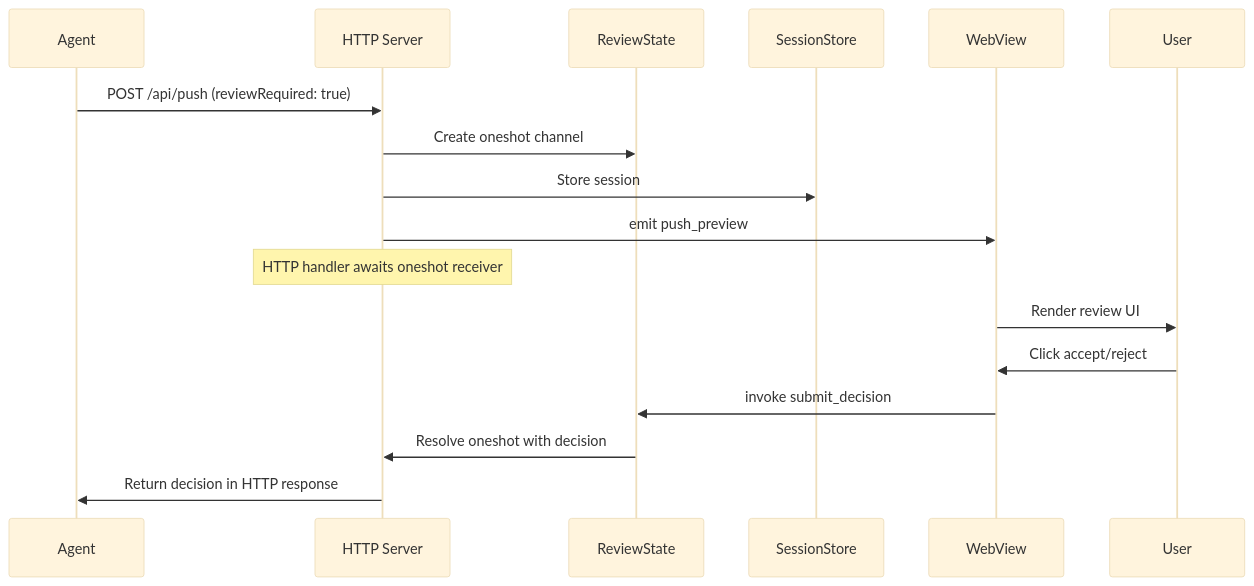
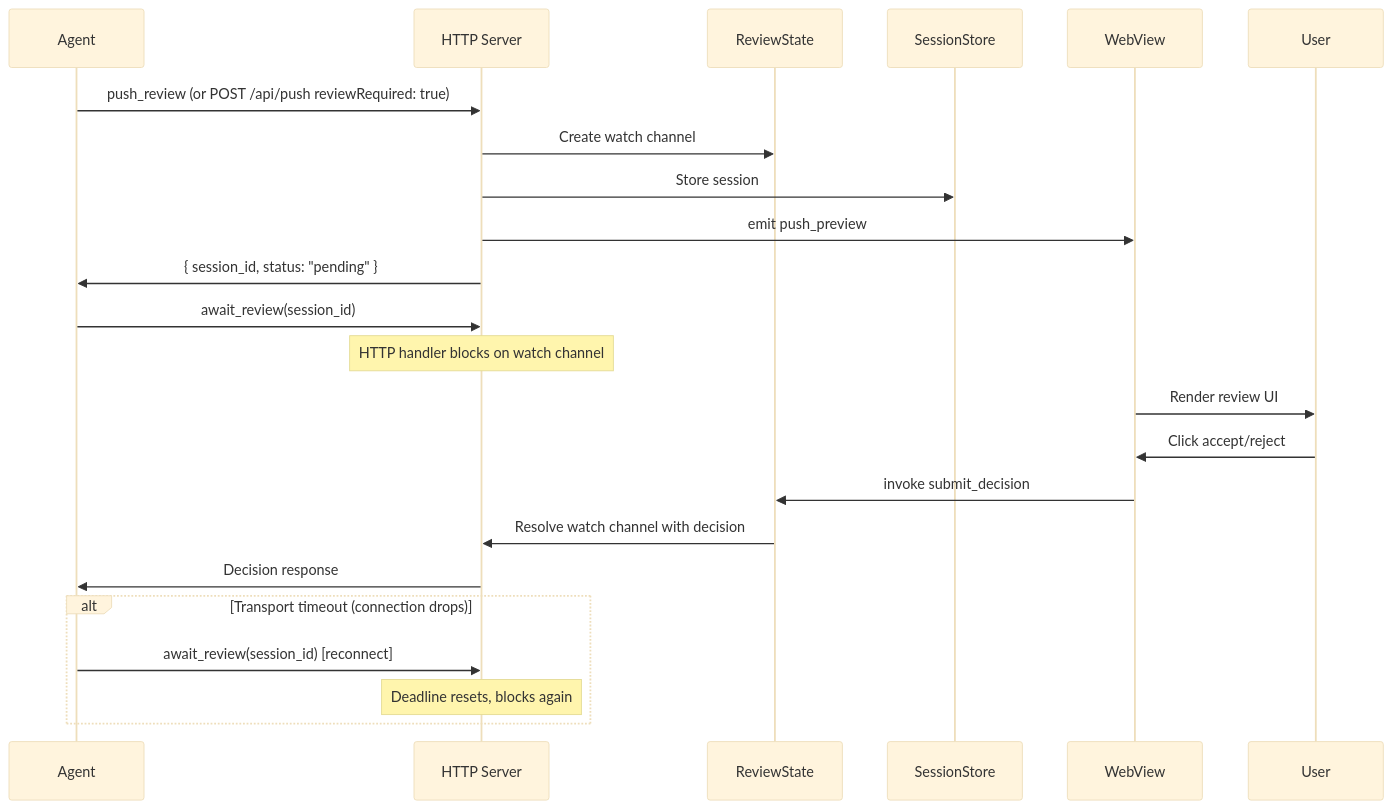
Before and after one commit to DeeJanuz/mcp-mux: the fourth of 4 diagrams in docs/architecture.md, drawn with Mermaid (base theme). The commit also changed other lines of this file and 9 other files, not shown here.

First line of the commit message:
feat: non-blocking push_review with reconnectable await_review

````diff
--- a/docs/architecture.md
+++ b/docs/architecture.md
@@ -151,20 +154,28 @@
 ```mermaid
 sequenceDiagram
     participant Agent as Agent
     participant HTTP as HTTP Server
     participant Review as ReviewState
     participant Store as SessionStore
     participant WebView as WebView
     participant User as User
 
-    Agent->>HTTP: POST /api/push (reviewRequired: true)
-    HTTP->>Review: Create oneshot channel
+    Agent->>HTTP: push_review (or POST /api/push reviewRequired: true)
+    HTTP->>Review: Create watch channel
     HTTP->>Store: Store session
     HTTP->>WebView: emit push_preview
-    Note over HTTP: HTTP handler awaits oneshot receiver
+    HTTP->>Agent: { session_id, status: "pending" }
+
+    Agent->>HTTP: await_review(session_id)
+    Note over HTTP: HTTP handler blocks on watch channel
     WebView->>User: Render review UI
     User->>WebView: Click accept/reject
     WebView->>Review: invoke submit_decision
-    Review->>HTTP: Resolve oneshot with decision
-    HTTP->>Agent: Return decision in HTTP response
+    Review->>HTTP: Resolve watch channel with decision
+    HTTP->>Agent: Decision response
+
+    alt Transport timeout (connection drops)
+        Agent->>HTTP: await_review(session_id) [reconnect]
+        Note over HTTP: Deadline resets, blocks again
+    end
 ```
````
